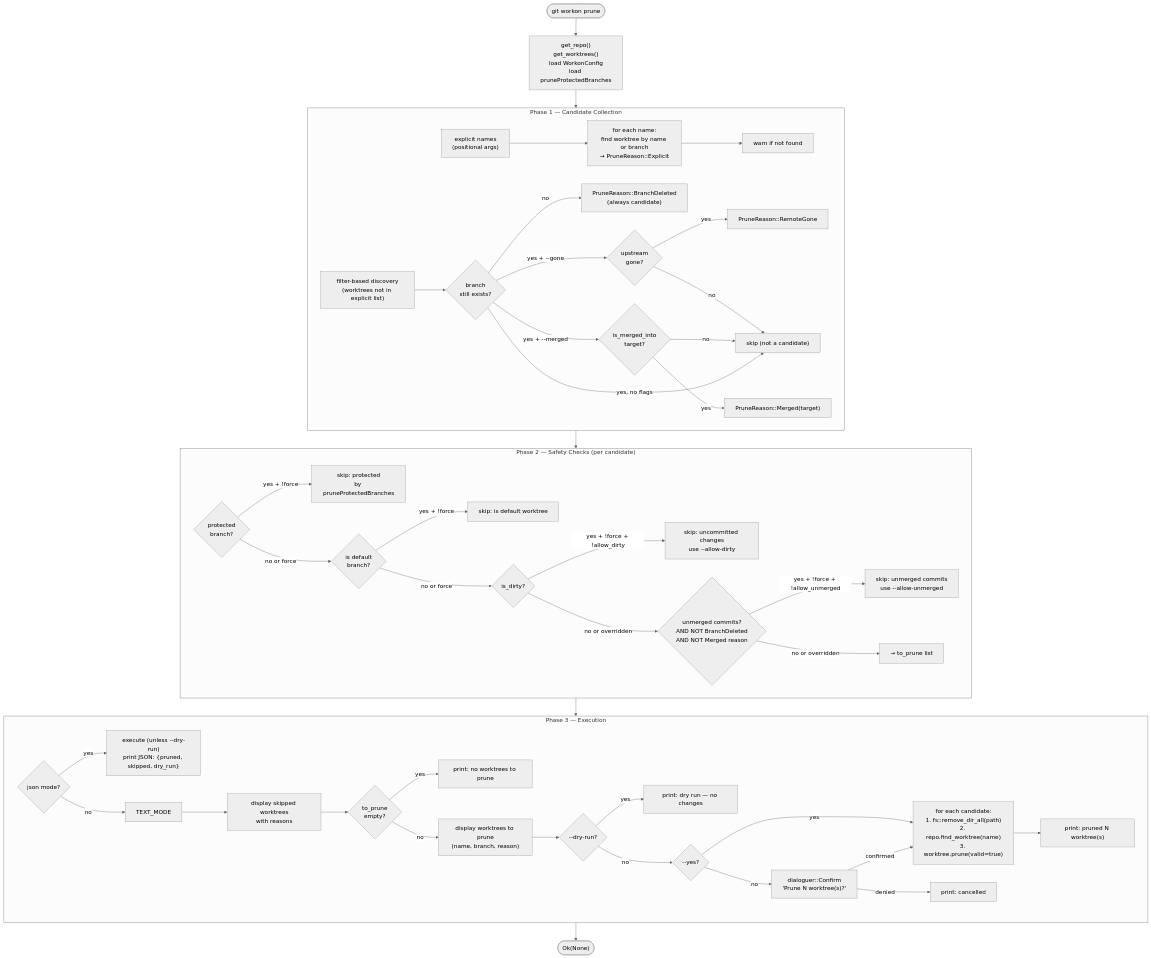
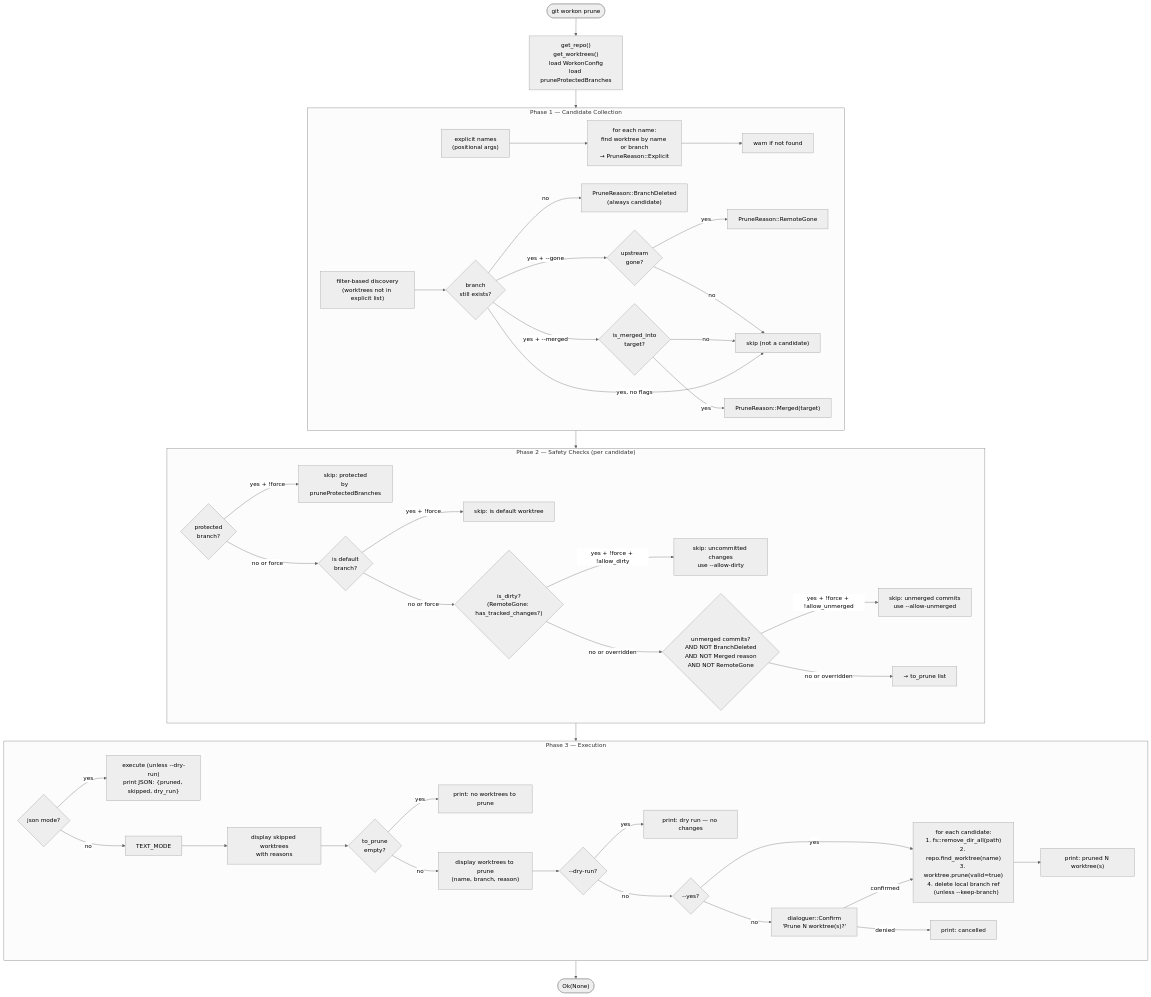
The diagram in docs/diagrams/prune-flow.md (lettertwo/git-workon), drawn with Mermaid (neutral theme) before and after one commit. The commit also changed other lines of this file and 4 other files, not shown here.

Commit message:
docs(prune): document --keep-branch, --force, and RemoteGone safety changes

````diff
--- a/docs/diagrams/prune-flow.md
+++ b/docs/diagrams/prune-flow.md
@@ -5,70 +5,70 @@
 ```mermaid
 flowchart TD
     START([git workon prune]) --> SETUP["get_repo()\nget_worktrees()\nload WorkonConfig\nload pruneProtectedBranches"]
 
     subgraph PHASE1["Phase 1 — Candidate Collection"]
         P1A["explicit names\n(positional args)"]
         P1B["filter-based discovery\n(worktrees not in explicit list)"]
 
         P1A --> EXP_SCAN["for each name:\nfind worktree by name or branch\n→ PruneReason::Explicit"]
         EXP_SCAN --> EXP_WARN["warn if not found"]
 
         P1B --> BRANCH_EXISTS{branch\nstill exists?}
         BRANCH_EXISTS -->|no| CAND_DELETED["PruneReason::BranchDeleted\n(always candidate)"]
         BRANCH_EXISTS -->|yes + --gone| UPSTREAM_GONE{upstream\ngone?}
         UPSTREAM_GONE -->|yes| CAND_GONE["PruneReason::RemoteGone"]
         UPSTREAM_GONE -->|no| SKIP_P1["skip (not a candidate)"]
         BRANCH_EXISTS -->|yes + --merged| MERGED_CHECK{is_merged_into\ntarget?}
         MERGED_CHECK -->|yes| CAND_MERGED["PruneReason::Merged(target)"]
         MERGED_CHECK -->|no| SKIP_P1
         BRANCH_EXISTS -->|"yes, no flags"| SKIP_P1
     end
 
     SETUP --> PHASE1
     PHASE1 --> PHASE2
 
     subgraph PHASE2["Phase 2 — Safety Checks (per candidate)"]
         S1{protected\nbranch?}
         S1 -->|"yes + !force"| SKIP_PROTECTED["skip: protected\nby pruneProtectedBranches"]
         S1 -->|no or force| S2
 
         S2{is default\nbranch?}
         S2 -->|"yes + !force"| SKIP_DEFAULT["skip: is default worktree"]
         S2 -->|no or force| S3
 
-        S3{is_dirty?}
+        S3{"is_dirty?\n(RemoteGone: has_tracked_changes?)"}
         S3 -->|"yes + !force + !allow_dirty"| SKIP_DIRTY["skip: uncommitted changes\nuse --allow-dirty"]
         S3 -->|no or overridden| S4
 
-        S4{unmerged commits?\nAND NOT BranchDeleted\nAND NOT Merged reason}
+        S4{unmerged commits?\nAND NOT BranchDeleted\nAND NOT Merged reason\nAND NOT RemoteGone}
         S4 -->|"yes + !force + !allow_unmerged"| SKIP_UNMERGED["skip: unmerged commits\nuse --allow-unmerged"]
         S4 -->|no or overridden| KEEP["→ to_prune list"]
     end
 
     PHASE2 --> PHASE3
 
     subgraph PHASE3["Phase 3 — Execution"]
         J{json mode?}
         J -->|yes| JSON_EXEC["execute (unless --dry-run)\nprint JSON: {pruned, skipped, dry_run}"]
         J -->|no| TEXT_MODE
 
         TEXT_MODE --> SHOW_SKIP["display skipped worktrees\nwith reasons"]
         SHOW_SKIP --> EMPTY2{to_prune\nempty?}
         EMPTY2 -->|yes| MSG_NONE["print: no worktrees to prune"]
         EMPTY2 -->|no| SHOW_LIST["display worktrees to prune\n(name, branch, reason)"]
 
         SHOW_LIST --> DRY{--dry-run?}
         DRY -->|yes| MSG_DRY["print: dry run — no changes"]
         DRY -->|no| CONFIRM{--yes?}
 
         CONFIRM -->|no| DIALOG["dialoguer::Confirm\n'Prune N worktree(s)?'"]
         DIALOG -->|confirmed| EXEC
         DIALOG -->|denied| MSG_CANCEL["print: cancelled"]
         CONFIRM -->|yes| EXEC
 
-        EXEC["for each candidate:\n1. fs::remove_dir_all(path)\n2. repo.find_worktree(name)\n3. worktree.prune(valid=true)"]
+        EXEC["for each candidate:\n1. fs::remove_dir_all(path)\n2. repo.find_worktree(name)\n3. worktree.prune(valid=true)\n4. delete local branch ref\n   (unless --keep-branch)"]
         EXEC --> MSG_OK["print: pruned N worktree(s)"]
     end
 
     PHASE3 --> DONE(["Ok(None)"])
 ```
````
